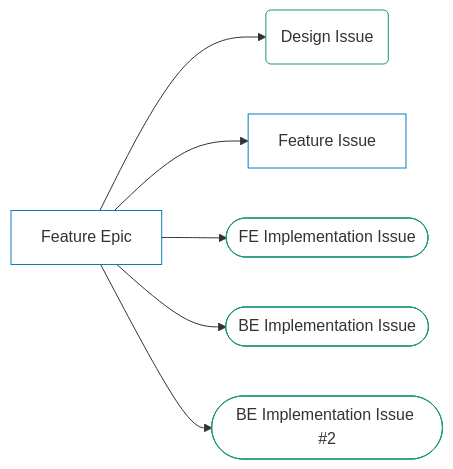
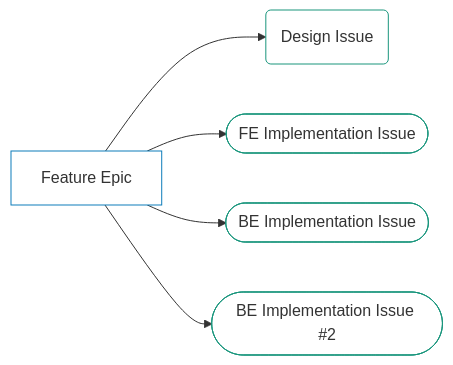
Before and after one commit to secretstartups/handbook: the ninth of 12 diagrams in development/threat-management/planning/diagram.html.md, drawn with Mermaid. The commit also changed other lines of this file, not shown here.

Commit message:
Remove Feature Issue from Threat Mgmt planning diagram

````diff
--- a/development/threat-management/planning/diagram.html.md
+++ b/development/threat-management/planning/diagram.html.md
@@ -272,14 +261,13 @@
 ```mermaid
 graph LR;
 Feature_Epic[Feature Epic]-->Design_Issue(Design Issue);
 
-Feature_Epic[Feature Epic]-->Feature_Issue[Feature Issue];
 Feature_Epic[Feature Epic]-->FE1_Implementation_Issue([FE Implementation Issue]);
 Feature_Epic[Feature Epic]-->BE1_Implementation_Issue([BE Implementation Issue]);
 Feature_Epic[Feature Epic]-->BE2_Implementation_Issue([BE Implementation Issue #2]);
 
 classDef feature fill:#ffffff,stroke:#0C7CBA;
-class Feature_Epic,MVC1_Epic,MVC2_Epic,Feature_Issue feature
+class Feature_Epic,MVC1_Epic,MVC2_Epic feature
 classDef idea fill:#ffffff,stroke:#19957C;
 class Design_Issue,FE1_Implementation_Issue,BE1_Implementation_Issue,BE2_Implementation_Issue idea
 ```
````
